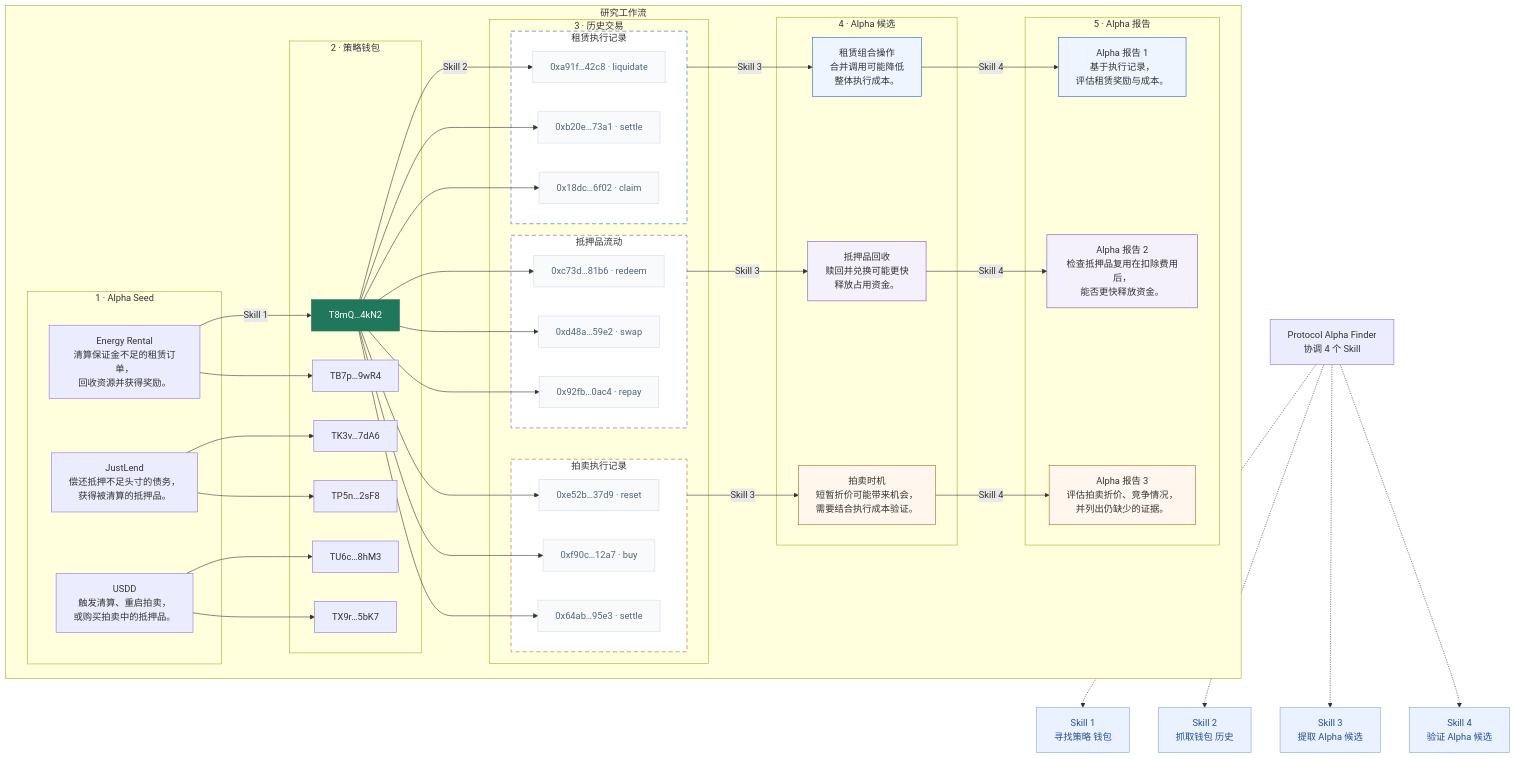
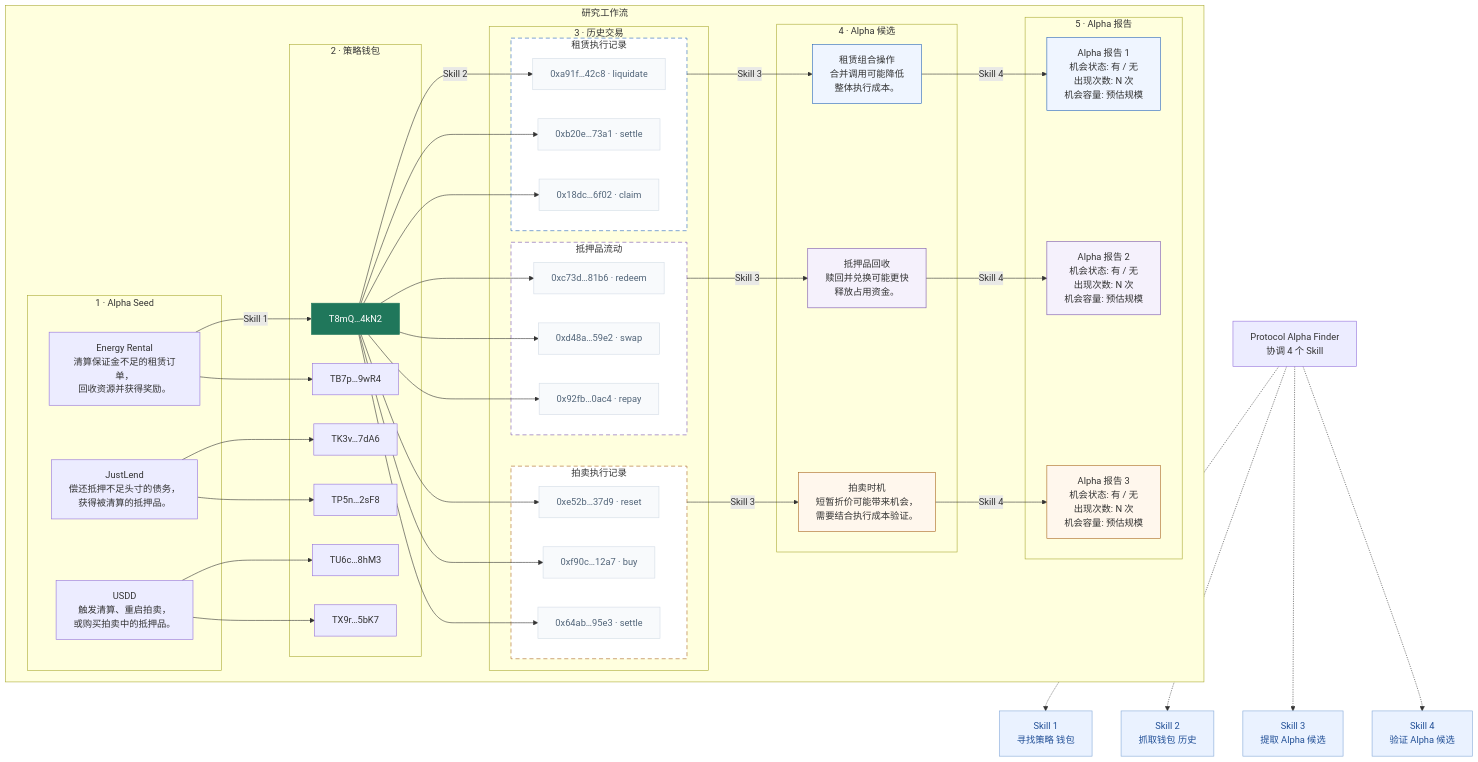
One commit to qinyh10300/protocol-alpha-finder changed the diagram in docs/diagrams/system-architecture-zh-CN.mmd. Above: the diagram before and after it, drawn with Mermaid. The commit also changed 4 other files, not shown here.

Commit message:
Show structured opportunity fields in architecture report cards

```diff
--- a/docs/diagrams/system-architecture-zh-CN.mmd
+++ b/docs/diagrams/system-architecture-zh-CN.mmd
@@ -1,98 +1,98 @@
 flowchart TB
     subgraph FLOW["研究工作流"]
         direction LR
         subgraph SEEDS["1 · Alpha Seed"]
             SEED0["Energy Rental<br/>清算保证金不足的租赁订单，<br/>回收资源并获得奖励。"]
             SEED1["JustLend<br/>偿还抵押不足头寸的债务，<br/>获得被清算的抵押品。"]
             SEED2["USDD<br/>触发清算、重启拍卖，<br/>或购买拍卖中的抵押品。"]
         end
         subgraph WALLETS["2 · 策略钱包"]
             WALLET0["T8mQ…4kN2"]
             WALLET1["TB7p…9wR4"]
             WALLET2["TK3v…7dA6"]
             WALLET3["TP5n…2sF8"]
             WALLET4["TU6c…8hM3"]
             WALLET5["TX9r…5bK7"]
         end
         subgraph HISTORYS["3 · 历史交易"]
             subgraph HISTORY0["租赁执行记录"]
                 TX00["0xa91f…42c8 · liquidate"]
                 TX01["0xb20e…73a1 · settle"]
                 TX02["0x18dc…6f02 · claim"]
             end
             subgraph HISTORY1["抵押品流动"]
                 TX10["0xc73d…81b6 · redeem"]
                 TX11["0xd48a…59e2 · swap"]
                 TX12["0x92fb…0ac4 · repay"]
             end
             subgraph HISTORY2["拍卖执行记录"]
                 TX20["0xe52b…37d9 · reset"]
                 TX21["0xf90c…12a7 · buy"]
                 TX22["0x64ab…95e3 · settle"]
             end
         end
         subgraph CANDIDATES["4 · Alpha 候选"]
             CANDIDATE0["租赁组合操作<br/>合并调用可能降低<br/>整体执行成本。"]
             CANDIDATE1["抵押品回收<br/>赎回并兑换可能更快<br/>释放占用资金。"]
             CANDIDATE2["拍卖时机<br/>短暂折价可能带来机会，<br/>需要结合执行成本验证。"]
         end
         subgraph REPORTS["5 · Alpha 报告"]
-            REPORT0["Alpha 报告 1<br/>基于执行记录，<br/>评估租赁奖励与成本。"]
-            REPORT1["Alpha 报告 2<br/>检查抵押品复用在扣除费用后，<br/>能否更快释放资金。"]
-            REPORT2["Alpha 报告 3<br/>评估拍卖折价、竞争情况，<br/>并列出仍缺少的证据。"]
+            REPORT0["Alpha 报告 1<br/>机会状态: 有 / 无<br/>出现次数: N 次<br/>机会容量: 预估规模"]
+            REPORT1["Alpha 报告 2<br/>机会状态: 有 / 无<br/>出现次数: N 次<br/>机会容量: 预估规模"]
+            REPORT2["Alpha 报告 3<br/>机会状态: 有 / 无<br/>出现次数: N 次<br/>机会容量: 预估规模"]
         end
         SEED0 -->|Skill 1| WALLET0
         SEED0 --> WALLET1
         SEED1 --> WALLET2
         SEED1 --> WALLET3
         SEED2 --> WALLET4
         SEED2 --> WALLET5
         WALLET0 -->|Skill 2| TX00
         WALLET0 --> TX01
         WALLET0 --> TX02
         WALLET0 --> TX10
         WALLET0 --> TX11
         WALLET0 --> TX12
         WALLET0 --> TX20
         WALLET0 --> TX21
         WALLET0 --> TX22
         HISTORY0 -->|Skill 3| CANDIDATE0
         HISTORY1 -->|Skill 3| CANDIDATE1
         HISTORY2 -->|Skill 3| CANDIDATE2
         CANDIDATE0 -->|Skill 4| REPORT0
         CANDIDATE1 -->|Skill 4| REPORT1
         CANDIDATE2 -->|Skill 4| REPORT2
     end
     S1["Skill 1<br/>寻找策略 钱包"]
     S2["Skill 2<br/>抓取钱包 历史"]
     S3["Skill 3<br/>提取 Alpha 候选"]
     S4["Skill 4<br/>验证 Alpha 候选"]
     COORD["Protocol Alpha Finder<br/>协调 4 个 Skill"]
     COORD -.-> S1
     COORD -.-> S2
     COORD -.-> S3
     COORD -.-> S4
     style WALLET0 fill:#20775b,stroke:#20775b,color:#ffffff
     style S1 fill:#eaf2ff,stroke:#83a8d8,color:#214f96
     style S2 fill:#eaf2ff,stroke:#83a8d8,color:#214f96
     style S3 fill:#eaf2ff,stroke:#83a8d8,color:#214f96
     style S4 fill:#eaf2ff,stroke:#83a8d8,color:#214f96
     style HISTORY0 fill:#ffffff,stroke:#2563b8,stroke-dasharray:7 5
     style CANDIDATE0 fill:#eff5ff,stroke:#2563b8
     style REPORT0 fill:#eff5ff,stroke:#2563b8
     style TX00 fill:#f8fafc,stroke:#d3dce6,color:#526579
     style TX01 fill:#f8fafc,stroke:#d3dce6,color:#526579
     style TX02 fill:#f8fafc,stroke:#d3dce6,color:#526579
     style HISTORY1 fill:#ffffff,stroke:#7953ad,stroke-dasharray:7 5
     style CANDIDATE1 fill:#f5f1fc,stroke:#7953ad
     style REPORT1 fill:#f5f1fc,stroke:#7953ad
     style TX10 fill:#f8fafc,stroke:#d3dce6,color:#526579
     style TX11 fill:#f8fafc,stroke:#d3dce6,color:#526579
     style TX12 fill:#f8fafc,stroke:#d3dce6,color:#526579
     style HISTORY2 fill:#ffffff,stroke:#a8661e,stroke-dasharray:7 5
     style CANDIDATE2 fill:#fff7ed,stroke:#a8661e
     style REPORT2 fill:#fff7ed,stroke:#a8661e
     style TX20 fill:#f8fafc,stroke:#d3dce6,color:#526579
     style TX21 fill:#f8fafc,stroke:#d3dce6,color:#526579
     style TX22 fill:#f8fafc,stroke:#d3dce6,color:#526579
     %% 地址、交易与报告内容均为方法示意。Skill 2 抓取选中钱包的历史交易，三组虚线标出的证据分别支持三个候选假设。Skill 4 验证每个候选并生成各自的 Alpha 报告。Protocol Alpha Finder 统一协调四个操作。采集与复查由手动发起，并记录历史覆盖情况。
```
